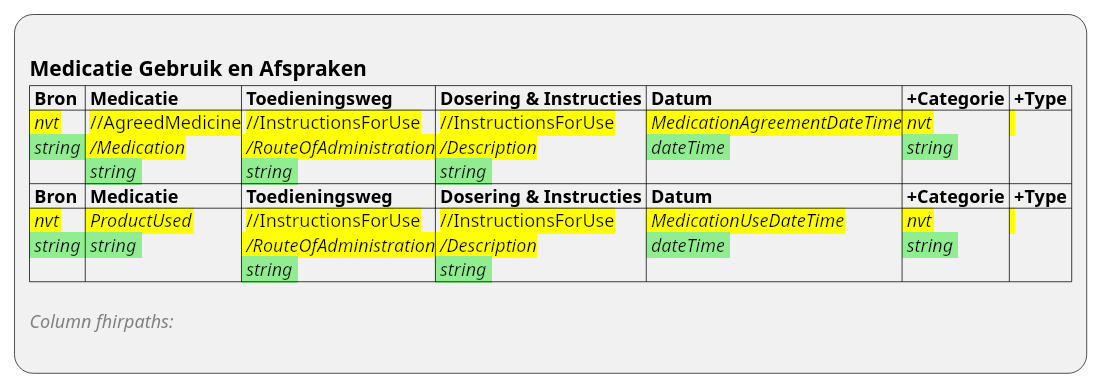
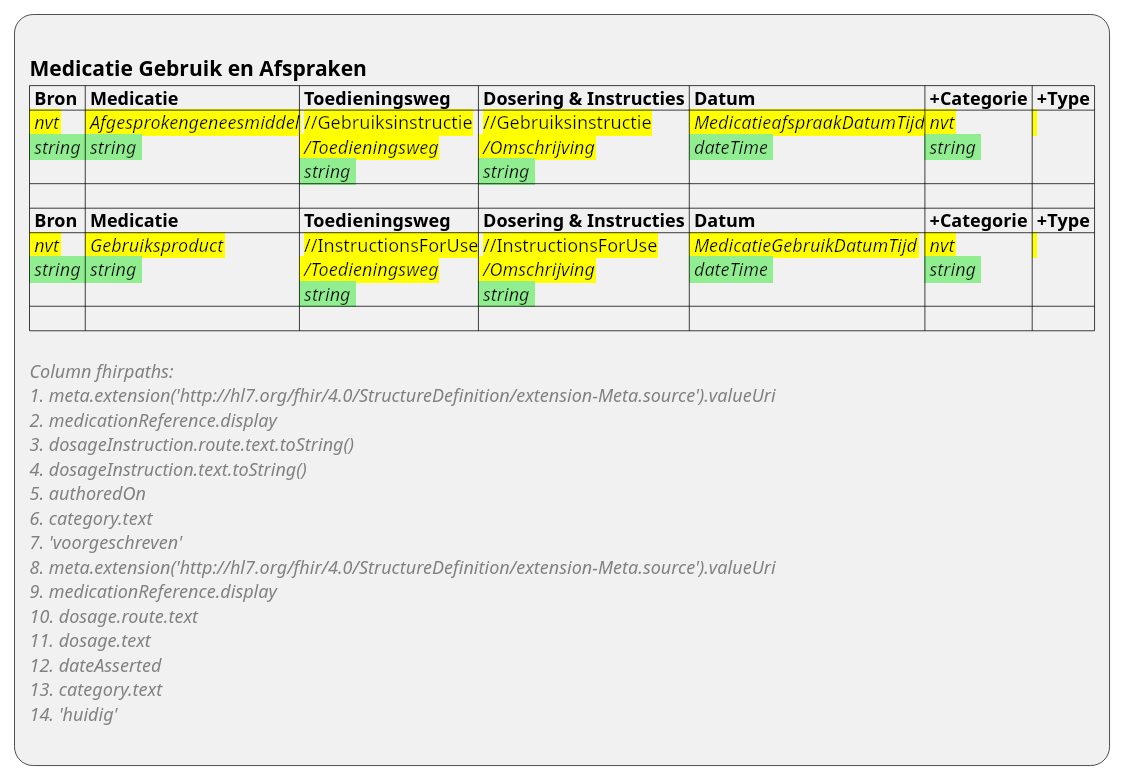
Before and after one commit to RIVO-Noord/zorgviewer-ig: the diagram in input/images-source/ViewDefinition-Medicatiegegevens.plantuml, drawn with PlantUML. The commit also changed 13 other files, not shown here.

```diff
--- a/input/images-source/ViewDefinition-Medicatiegegevens.plantuml
+++ b/input/images-source/ViewDefinition-Medicatiegegevens.plantuml
@@ -1,11 +1,27 @@
 @startuml ViewDefinition-Medicatiegegevens
 :
 == Medicatie Gebruik en Afspraken
 |= Bron |= Medicatie |= Toedieningsweg |= Dosering & Instructies |= Datum |= +Categorie |= +Type |
-|<back:yellow> //nvt//\n<back:lightgreen> //string// |<back:yellow> //AgreedMedicine\n<back:yellow> ///Medication//\n<back:lightgreen> //string// |<back:yellow> //InstructionsForUse\n<back:yellow> ///RouteOfAdministration//\n<back:lightgreen> //string// |<back:yellow> //InstructionsForUse\n<back:yellow> ///Description//\n<back:lightgreen> //string// |<back:yellow> //MedicationAgreementDateTime//\n<back:lightgreen> //dateTime// |<back:yellow> //nvt//\n<back:lightgreen> //string// |<back:yellow> \n |
+|<back:yellow> //nvt//\n<back:lightgreen> //string// |<back:yellow> //Afgesprokengeneesmiddel//\n<back:lightgreen> //string// |<back:yellow> //Gebruiksinstructie\n<back:yellow> ///Toedieningsweg//\n<back:lightgreen> //string// |<back:yellow> //Gebruiksinstructie\n<back:yellow> ///Omschrijving//\n<back:lightgreen> //string// |<back:yellow> //MedicatieafspraakDatumTijd//\n<back:lightgreen> //dateTime// |<back:yellow> //nvt//\n<back:lightgreen> //string// |<back:yellow> \n |
+| |
 |= Bron |= Medicatie |= Toedieningsweg |= Dosering & Instructies |= Datum |= +Categorie |= +Type |
-|<back:yellow> //nvt//\n<back:lightgreen> //string// |<back:yellow> //ProductUsed//\n<back:lightgreen> //string// |<back:yellow> //InstructionsForUse\n<back:yellow> ///RouteOfAdministration//\n<back:lightgreen> //string// |<back:yellow> //InstructionsForUse\n<back:yellow> ///Description//\n<back:lightgreen> //string// |<back:yellow> //MedicationUseDateTime//\n<back:lightgreen> //dateTime// |<back:yellow> //nvt//\n<back:lightgreen> //string// |<back:yellow> \n |
+|<back:yellow> //nvt//\n<back:lightgreen> //string// |<back:yellow> //Gebruiksproduct//\n<back:lightgreen> //string// |<back:yellow> //InstructionsForUse\n<back:yellow> ///Toedieningsweg//\n<back:lightgreen> //string// |<back:yellow> //InstructionsForUse\n<back:yellow> ///Omschrijving//\n<back:lightgreen> //string// |<back:yellow> //MedicatieGebruikDatumTijd//\n<back:lightgreen> //dateTime// |<back:yellow> //nvt//\n<back:lightgreen> //string// |<back:yellow> \n |
+| |
 
 <color:gray>//Column fhirpaths://
+<color:gray>//1. meta.extension('http:~//hl7.org/fhir/4.0/StructureDefinition/extension-Meta.source').valueUri//
+<color:gray>//2. medicationReference.display//
+<color:gray>//3. dosageInstruction.route.text.toString()//
+<color:gray>//4. dosageInstruction.text.toString()//
+<color:gray>//5. authoredOn//
+<color:gray>//6. category.text//
+<color:gray>//7. 'voorgeschreven'//
+<color:gray>//8. meta.extension('http:~//hl7.org/fhir/4.0/StructureDefinition/extension-Meta.source').valueUri//
+<color:gray>//9. medicationReference.display//
+<color:gray>//10. dosage.route.text//
+<color:gray>//11. dosage.text//
+<color:gray>//12. dateAsserted//
+<color:gray>//13. category.text//
+<color:gray>//14. 'huidig'//
 ;
 @enduml
```
